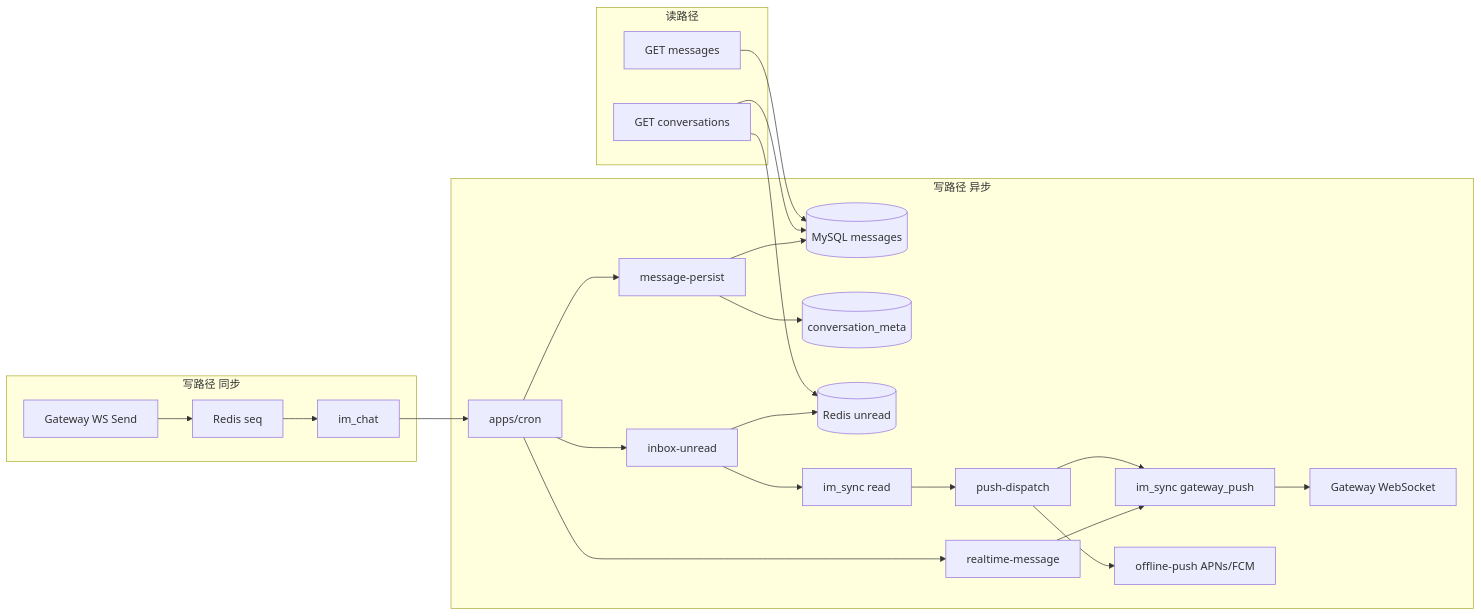
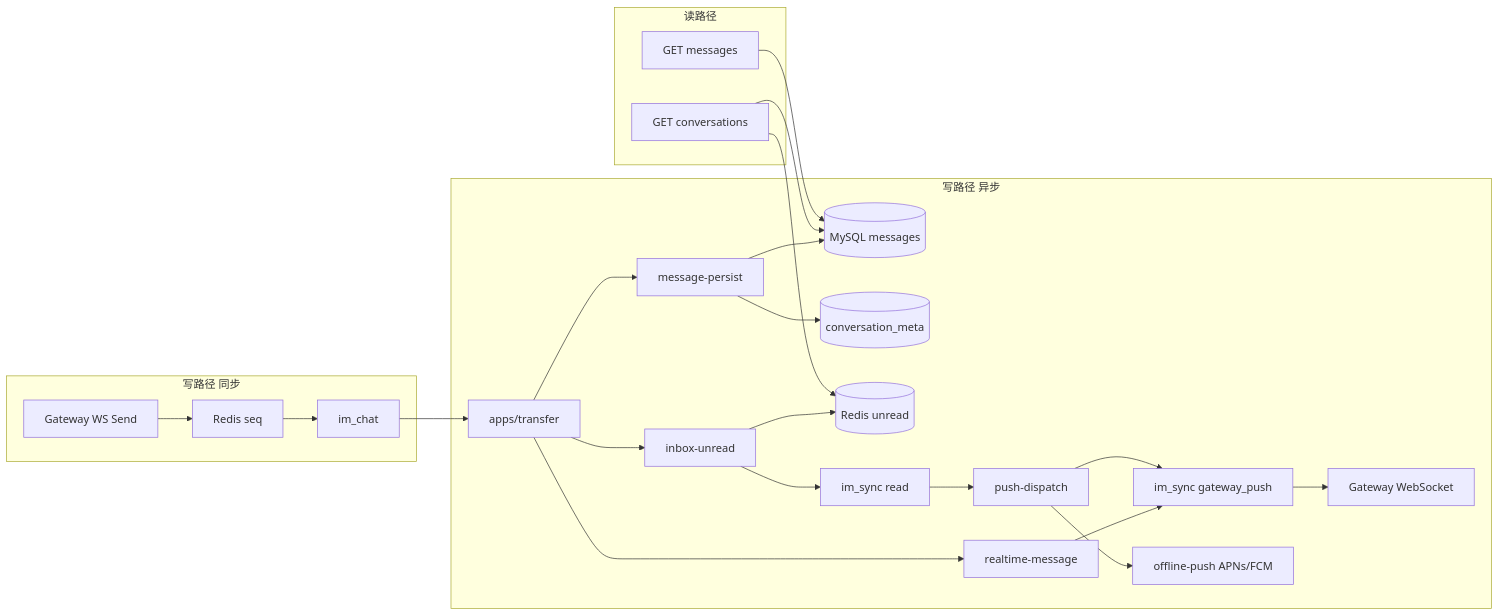
Before and after one commit to AlbertChenshiqi/im: the fifth of 6 diagrams in README.md, drawn with Mermaid. The commit also changed other lines of this file and 119 other files, not shown here.

````diff
--- a/README.md
+++ b/README.md
@@ -216,29 +212,29 @@
 ```mermaid
 flowchart LR
   subgraph write [写路径 同步]
     A1[Gateway WS Send] --> A2[Redis seq]
     A2 --> A3[im_chat]
   end
 
   subgraph async [写路径 异步]
-    A3 --> B0[apps/cron]
+    A3 --> B0[apps/transfer]
     B0 --> B1[message-persist]
     B0 --> B2[inbox-unread]
     B0 --> B2b[realtime-message]
     B1 --> MySQL[(MySQL messages)]
     B1 --> MySQL2[(conversation_meta)]
     B2 --> R[(Redis unread)]
     B2 --> C1[im_sync read]
     B2b --> Cgw[im_sync gateway_push]
     C1 --> B3[push-dispatch]
     B3 --> Cgw
     Cgw --> GW[Gateway WebSocket]
     B3 --> B4[offline-push APNs/FCM]
   end
 
   subgraph read [读路径]
     E1[GET conversations] --> MySQL
     E1 --> R
     E2[GET messages] --> MySQL
   end
 ```
````
